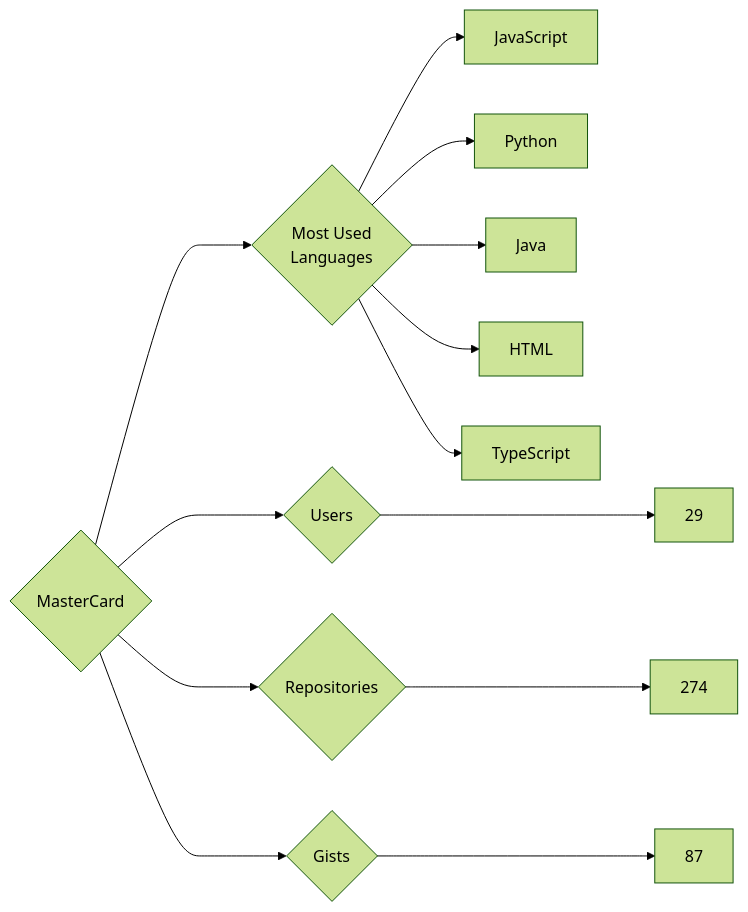
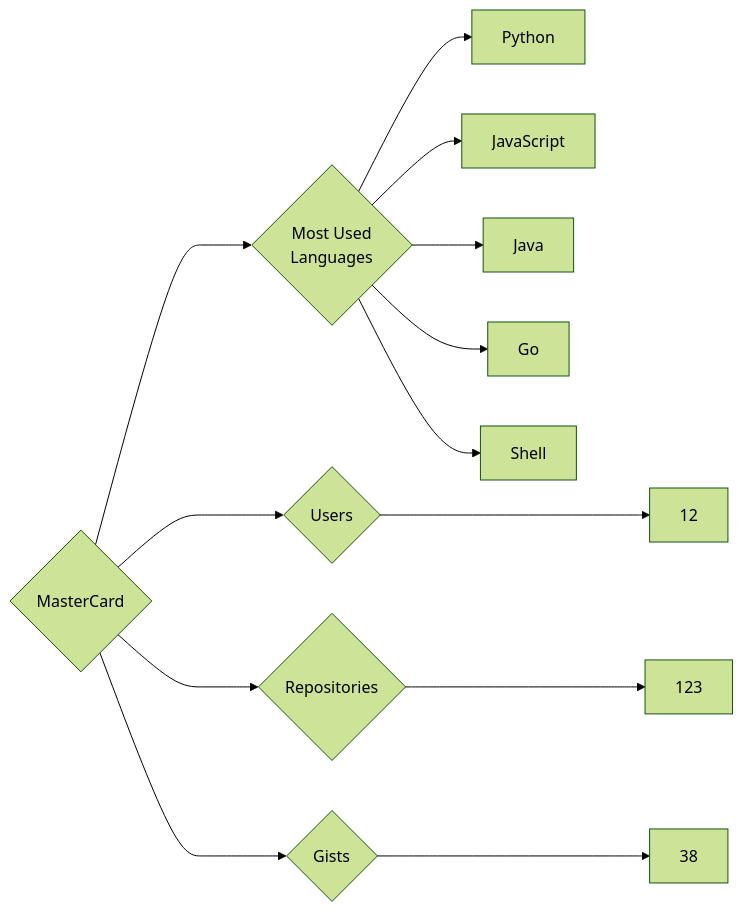
Before and after one commit to trickest/insiders: the diagram in targets/MasterCard/README.md, drawn with Mermaid (forest theme). The commit also changed 444 other files, not shown here.

````diff
--- a/targets/MasterCard/README.md
+++ b/targets/MasterCard/README.md
@@ -3,13 +3,13 @@
 ```mermaid
 graph LR
 COMPANY_NAME{MasterCard}
-COMPANY_NAME ---> U{Users} ---> UN[29]
-COMPANY_NAME ---> R{Repositories} ---> RN[274]
-COMPANY_NAME ---> G{Gists} ---> GN[87]
+COMPANY_NAME ---> U{Users} ---> UN[12]
+COMPANY_NAME ---> R{Repositories} ---> RN[123]
+COMPANY_NAME ---> G{Gists} ---> GN[38]
 COMPANY_NAME ---> ML{Most Used<br>Languages}
+ML --> Python[Python]
 ML --> JavaScript[JavaScript]
-ML --> Python[Python]
 ML --> Java[Java]
-ML --> HTML[HTML]
-ML --> TypeScript[TypeScript]
+ML --> Go[Go]
+ML --> Shell[Shell]
 ```
````
